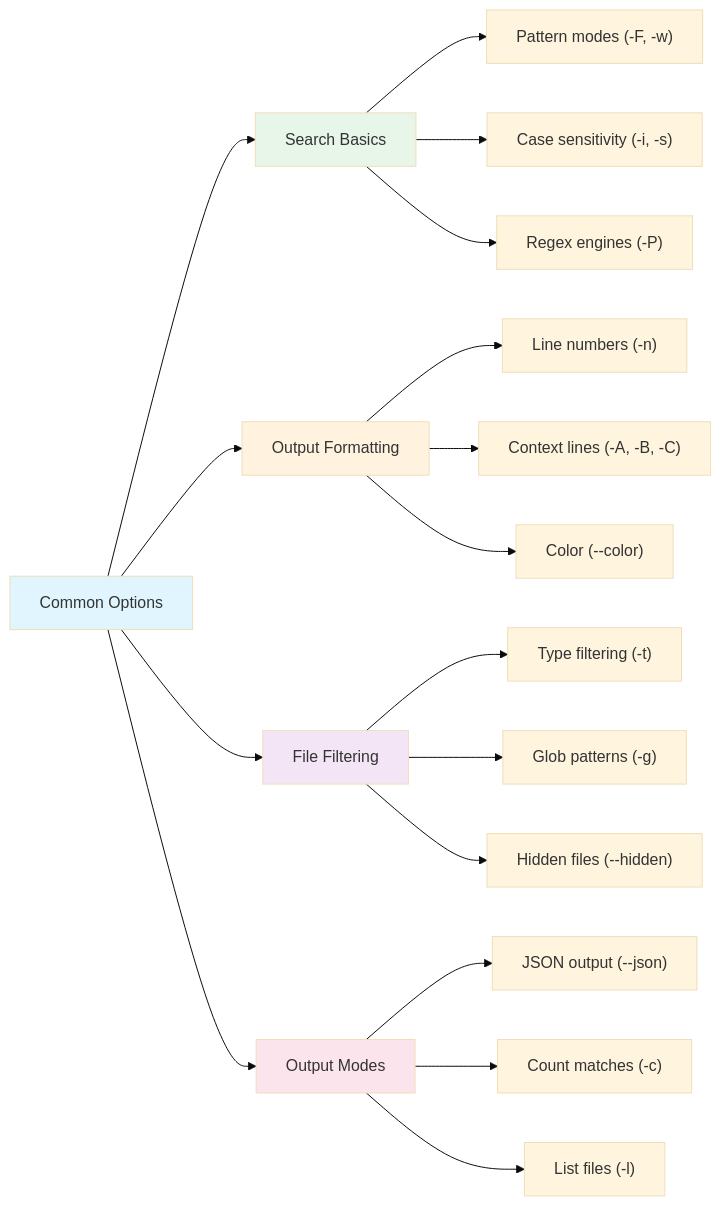
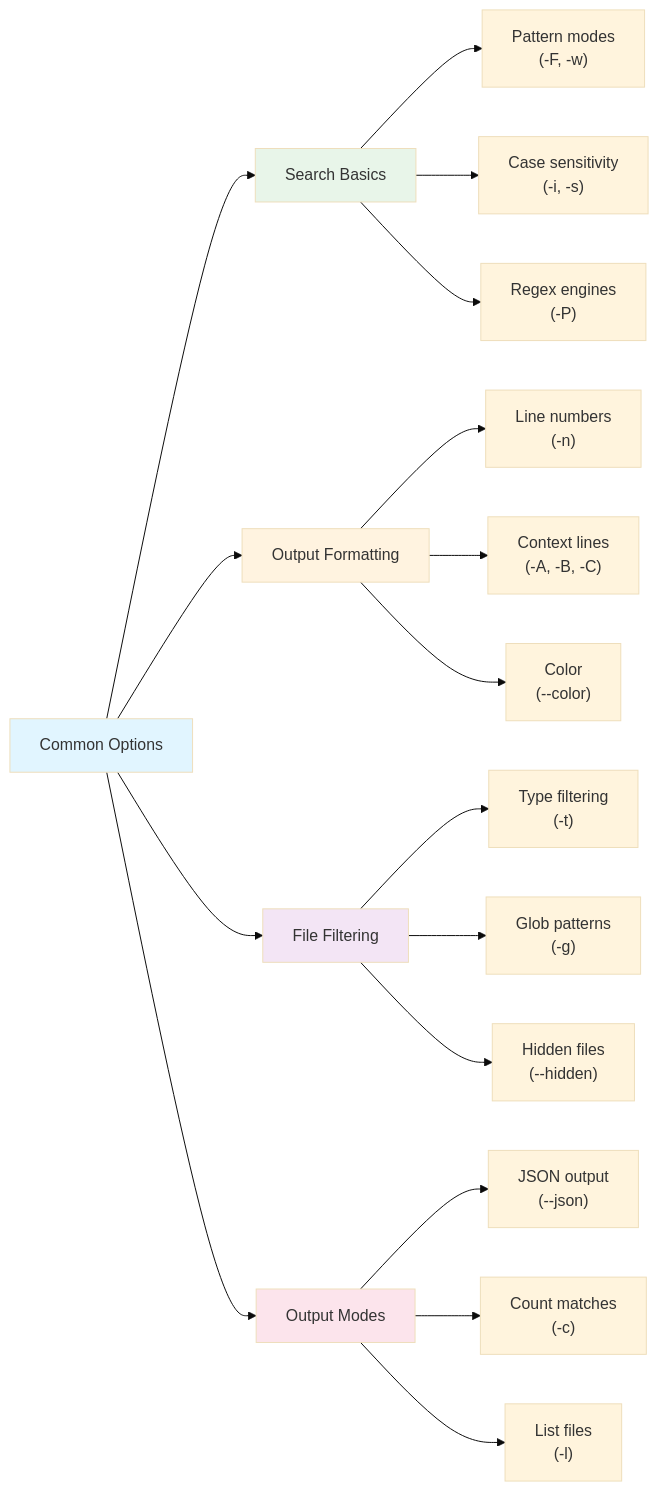
One commit to iepathos/ripgrep changed the diagram in docs/common-options/index.md. Above: the diagram before and after it, drawn with Mermaid (base theme). The commit also changed other lines of this file, not shown here.

Commit message:
docs: enhance Common Options index with improved diagram labels and practical example
- Improve Mermaid diagram readability by using proper multi-line labels with actual newlines instead of compound words
- Add example admonition showing how common options work together in practice
- Demonstrate combining options from multiple categories (Search Basics, Output Formatting, File Filtering)

Page: docs/common-options/index.md

````diff
--- a/docs/common-options/index.md
+++ b/docs/common-options/index.md
@@ -10,29 +10,41 @@
 ```mermaid
 graph LR
-    CommonOpts[Common Options] --> SearchBehavior[Search Basics]
-    CommonOpts --> OutputFormat[Output Formatting]
-    CommonOpts --> FileFilter[File Filtering]
-    CommonOpts --> OutputModes[Output Modes]
+    CommonOpts["Common Options"] --> SearchBehavior["Search Basics"]
+    CommonOpts --> OutputFormat["Output Formatting"]
+    CommonOpts --> FileFilter["File Filtering"]
+    CommonOpts --> OutputModes["Output Modes"]
 
-    SearchBehavior --> SB1["Pattern modes (-F, -w)"]
-    SearchBehavior --> SB2["Case sensitivity (-i, -s)"]
-    SearchBehavior --> SB3["Regex engines (-P)"]
+    SearchBehavior --> SB1["Pattern modes
+    (-F, -w)"]
+    SearchBehavior --> SB2["Case sensitivity
+    (-i, -s)"]
+    SearchBehavior --> SB3["Regex engines
+    (-P)"]
 
-    OutputFormat --> OF1["Line numbers (-n)"]
-    OutputFormat --> OF2["Context lines (-A, -B, -C)"]
-    OutputFormat --> OF3["Color (--color)"]
+    OutputFormat --> OF1["Line numbers
+    (-n)"]
+    OutputFormat --> OF2["Context lines
+    (-A, -B, -C)"]
+    OutputFormat --> OF3["Color
+    (--color)"]
 
-    FileFilter --> FF1["Type filtering (-t)"]
-    FileFilter --> FF2["Glob patterns (-g)"]
-    FileFilter --> FF3["Hidden files (--hidden)"]
+    FileFilter --> FF1["Type filtering
+    (-t)"]
+    FileFilter --> FF2["Glob patterns
+    (-g)"]
+    FileFilter --> FF3["Hidden files
+    (--hidden)"]
 
-    OutputModes --> OM1["JSON output (--json)"]
-    OutputModes --> OM2["Count matches (-c)"]
-    OutputModes --> OM3["List files (-l)"]
+    OutputModes --> OM1["JSON output
+    (--json)"]
+    OutputModes --> OM2["Count matches
+    (-c)"]
+    OutputModes --> OM3["List files
+    (-l)"]
 
     style CommonOpts fill:#e1f5ff
     style SearchBehavior fill:#e8f5e9
     style OutputFormat fill:#fff3e0
     style FileFilter fill:#f3e5f5
     style OutputModes fill:#fce4ec
 ```
````
